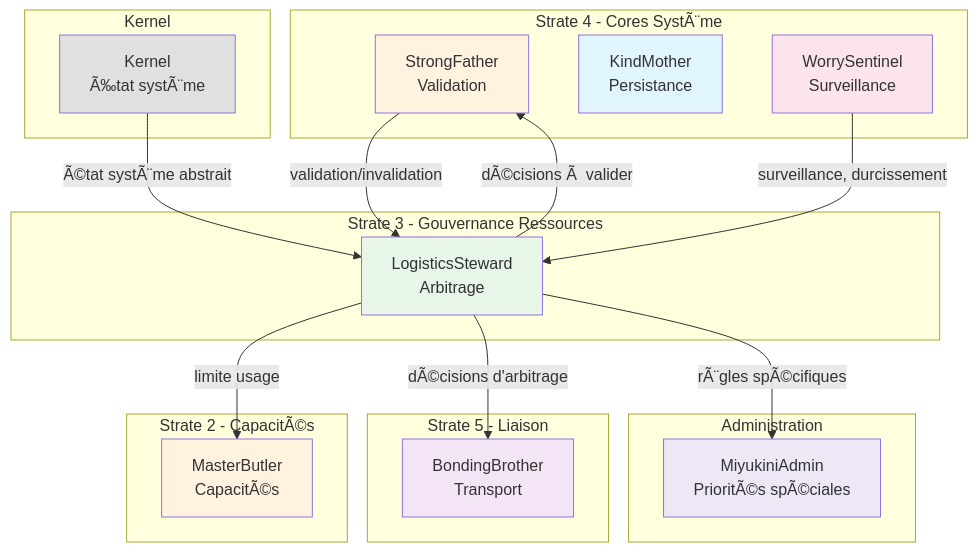
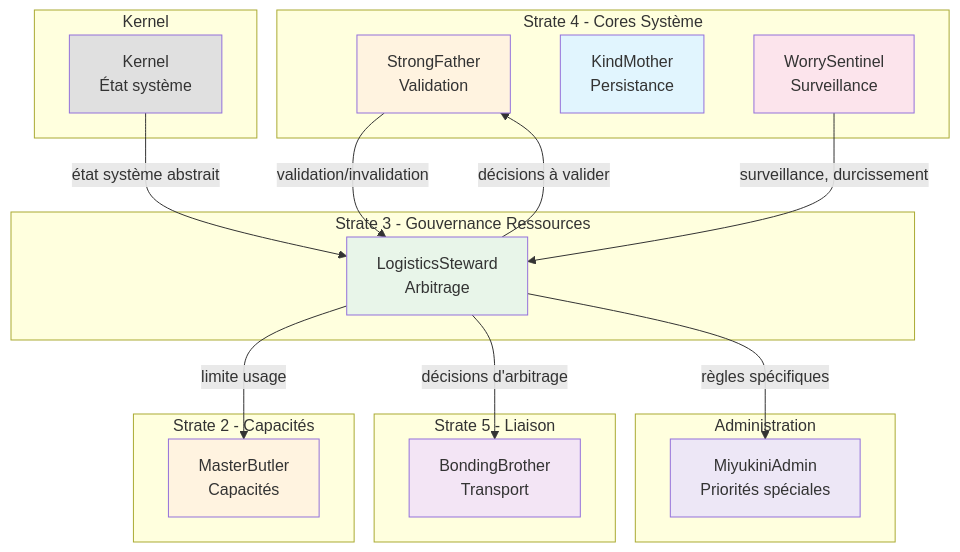
The diagram in docs/cores/LogisticsSteward/_index.md (StudioMiyukini/miyukini_cog), drawn with Mermaid before and after one commit. The commit also changed other lines of this file and 564 other files, not shown here.

````diff
--- a/docs/cores/LogisticsSteward/_index.md
+++ b/docs/cores/LogisticsSteward/_index.md
@@ -181,53 +181,53 @@
 ```mermaid
 graph TB
-    subgraph Strate4[Strate 4 - Cores SystÃ¨me]
+    subgraph Strate4[Strate 4 - Cores Système]
         SF[StrongFather<br/>Validation]
         KM[KindMother<br/>Persistance]
         WS[WorrySentinel<br/>Surveillance]
     end
 
     subgraph Strate3[Strate 3 - Gouvernance Ressources]
         LS[LogisticsSteward<br/>Arbitrage]
     end
 
-    subgraph Strate2[Strate 2 - CapacitÃ©s]
-        MB[MasterButler<br/>CapacitÃ©s]
+    subgraph Strate2[Strate 2 - Capacités]
+        MB[MasterButler<br/>Capacités]
     end
 
     subgraph Strate5[Strate 5 - Liaison]
         BB[BondingBrother<br/>Transport]
     end
 
     subgraph Kernel[Kernel]
-        K[Kernel<br/>Ã‰tat systÃ¨me]
+        K[Kernel<br/>État système]
     end
 
     subgraph Admin[Administration]
-        MA[MiyukiniAdmin<br/>PrioritÃ©s spÃ©ciales]
+        MA[MiyukiniAdmin<br/>Priorités spéciales]
     end
 
-    K -->|"Ã©tat systÃ¨me abstrait"| LS
-    LS -->|"dÃ©cisions Ã  valider"| SF
+    K -->|"état système abstrait"| LS
+    LS -->|"décisions à valider"| SF
     SF -->|"validation/invalidation"| LS
     LS -->|"limite usage"| MB
     WS -->|"surveillance, durcissement"| LS
-    LS -->|"dÃ©cisions d'arbitrage"| BB
-    LS -->|"rÃ¨gles spÃ©cifiques"| MA
+    LS -->|"décisions d'arbitrage"| BB
+    LS -->|"règles spécifiques"| MA
 
     classDef coreGouvernance fill:#e8f5e9
     classDef coreData fill:#e1f5fe
     classDef coreDecision fill:#fff3e0
     classDef liaison fill:#f3e5f5
     classDef supervision fill:#fce4ec
     classDef kernel fill:#e0e0e0
     classDef admin fill:#ede7f6
 
     class LS coreGouvernance
     class KM coreData
     class SF coreDecision
     class BB liaison
     class WS supervision
     class K kernel
     class MA admin
     class MB coreDecision
 ```
````
